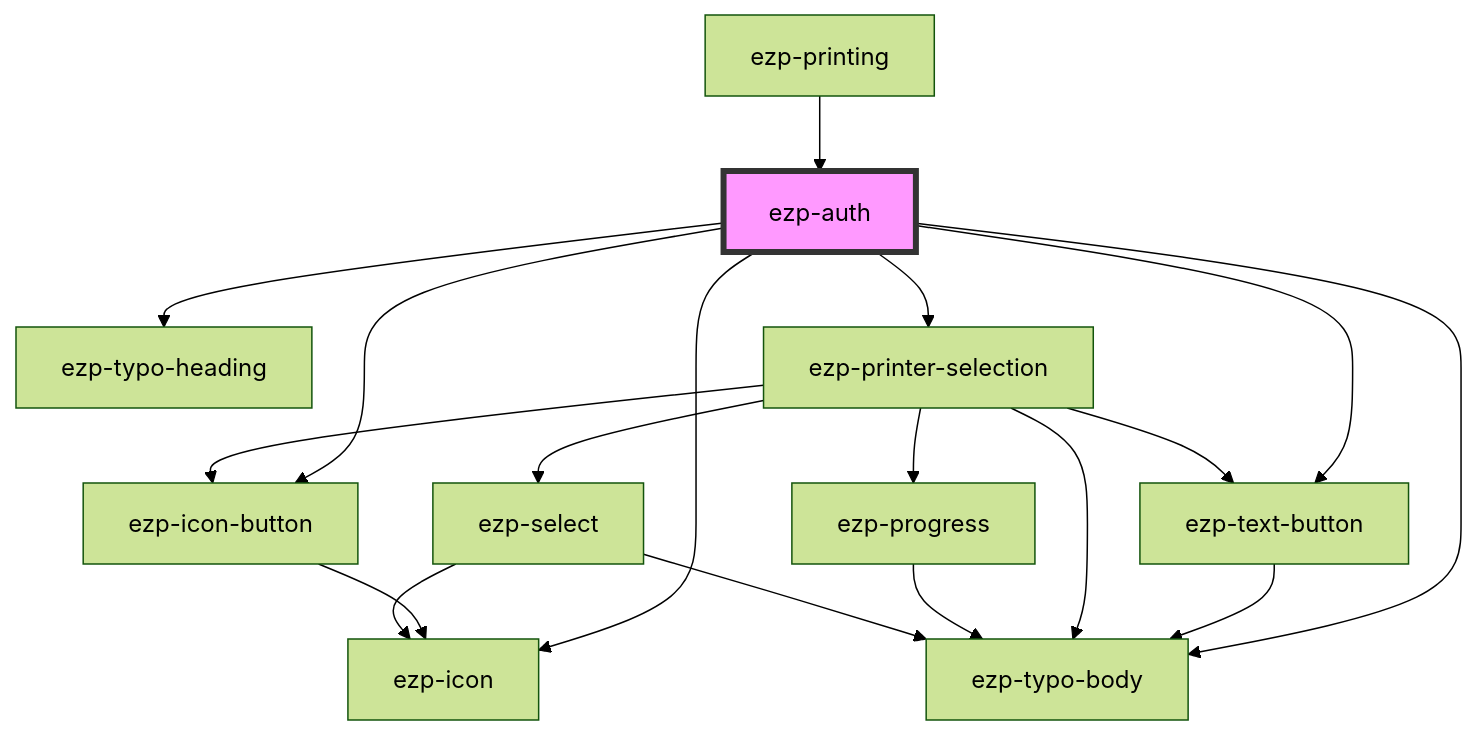
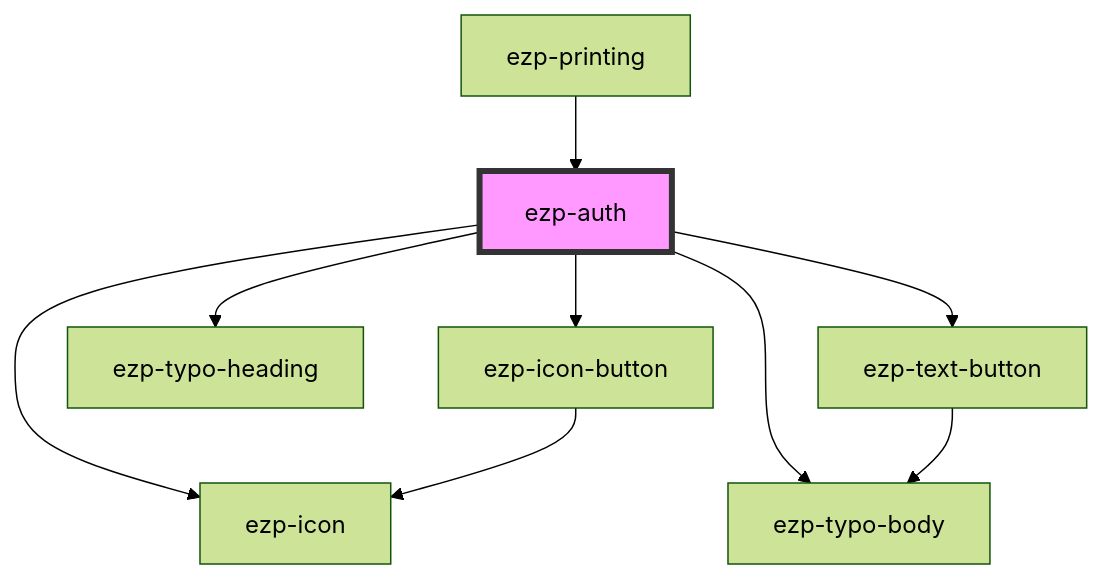
Before and after one commit to ezeep/ezeep-js: the diagram in src/components/ezp-auth/readme.md, drawn with Mermaid (forest theme). The commit also changed other lines of this file and 14 other files, not shown here.

````diff
--- a/src/components/ezp-auth/readme.md
+++ b/src/components/ezp-auth/readme.md
@@ -43,21 +41,12 @@
 ```mermaid
 graph TD;
   ezp-auth --> ezp-icon-button
   ezp-auth --> ezp-icon
   ezp-auth --> ezp-typo-heading
   ezp-auth --> ezp-typo-body
   ezp-auth --> ezp-text-button
-  ezp-auth --> ezp-printer-selection
   ezp-icon-button --> ezp-icon
   ezp-text-button --> ezp-typo-body
-  ezp-printer-selection --> ezp-progress
-  ezp-printer-selection --> ezp-typo-body
-  ezp-printer-selection --> ezp-icon-button
-  ezp-printer-selection --> ezp-select
-  ezp-printer-selection --> ezp-text-button
-  ezp-progress --> ezp-typo-body
-  ezp-select --> ezp-icon
-  ezp-select --> ezp-typo-body
   ezp-printing --> ezp-auth
   style ezp-auth fill:#f9f,stroke:#333,stroke-width:4px
 ```
````
